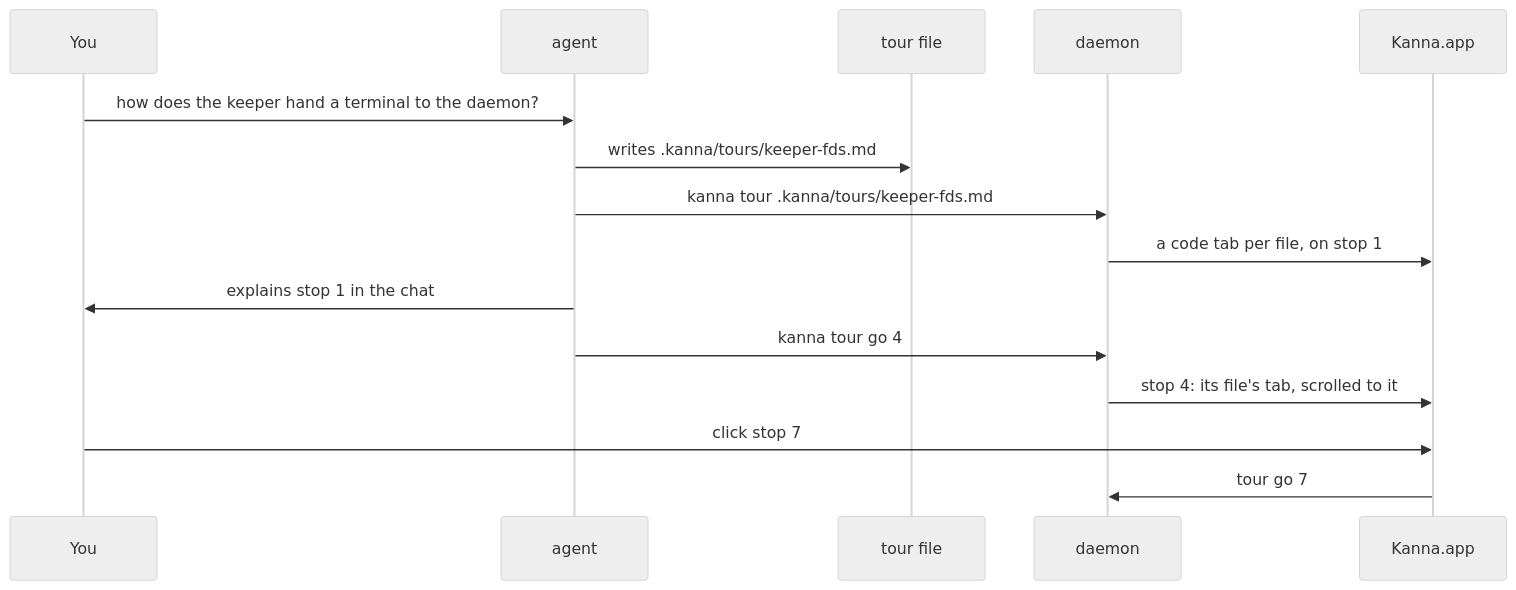
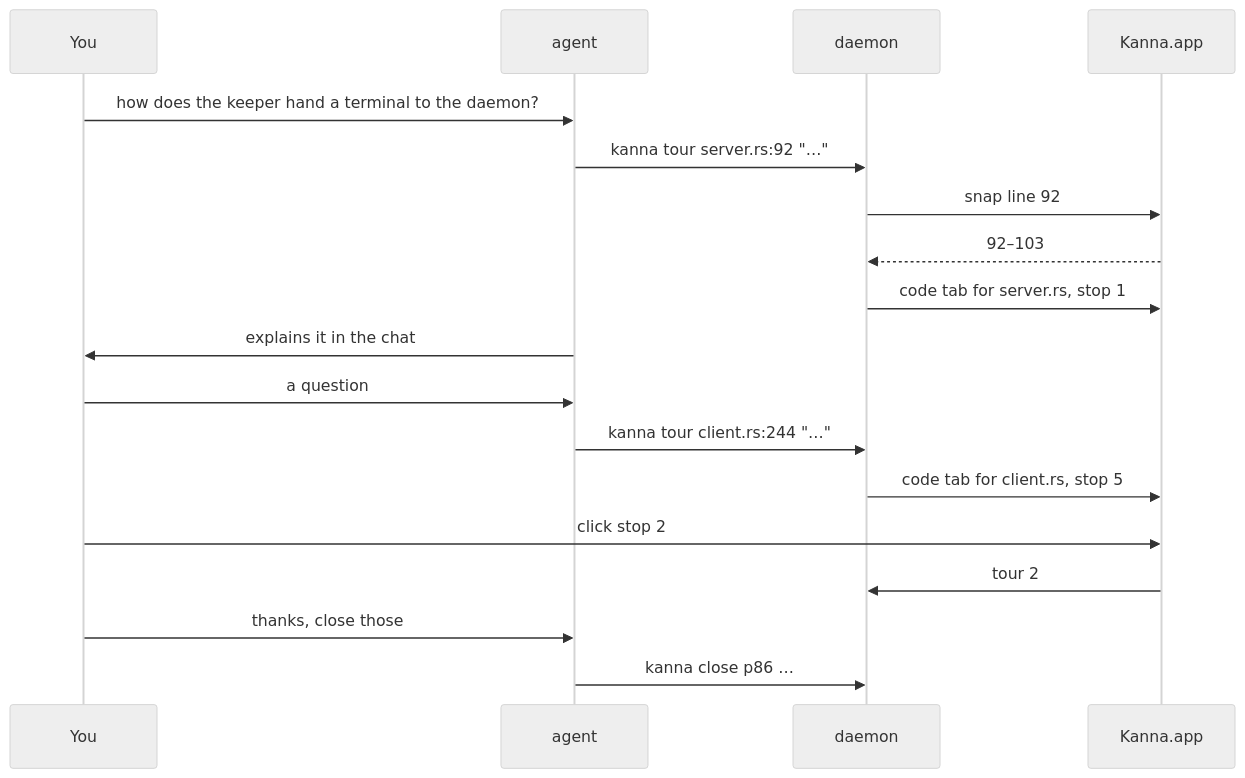
The first of 2 diagrams in docs/specs/code-tour.md (jemdiggity/kanna-v4), drawn with Mermaid (neutral theme) before and after one commit. The commit also changed other lines of this file and 4 other files, not shown here.

Commit message:
Code tour spec: the agent directs the tour, kanna tour FILE:LINE "comment" adding a stop and kanna tour N going back; the tour is the agent's, kept by the daemon, snapped by the app; tabs stay until closed; the kanna-tour skill

````diff
--- a/docs/specs/code-tour.md
+++ b/docs/specs/code-tour.md
@@ -21,17 +23,20 @@
 ```mermaid
 sequenceDiagram
     participant You
     participant A as agent
-    participant F as tour file
     participant D as daemon
     participant App as Kanna.app
     You->>A: how does the keeper hand a terminal to the daemon?
-    A->>F: writes .kanna/tours/keeper-fds.md
-    A->>D: kanna tour .kanna/tours/keeper-fds.md
-    D->>App: a code tab per file, on stop 1
-    A->>You: explains stop 1 in the chat
-    A->>D: kanna tour go 4
-    D->>App: stop 4: its file's tab, scrolled to it
-    You->>App: click stop 7
-    App->>D: tour go 7
+    A->>D: kanna tour server.rs:92 "…"
+    D->>App: snap line 92
+    App-->>D: 92–103
+    D->>App: code tab for server.rs, stop 1
+    A->>You: explains it in the chat
+    You->>A: a question
+    A->>D: kanna tour client.rs:244 "…"
+    D->>App: code tab for client.rs, stop 5
+    You->>App: click stop 2
+    App->>D: tour 2
+    You->>A: thanks, close those
+    A->>D: kanna close p86 …
 ```
````
